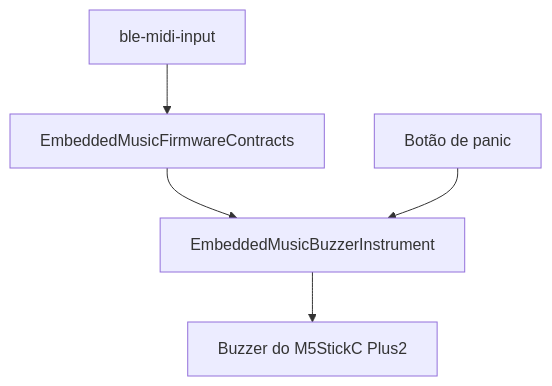
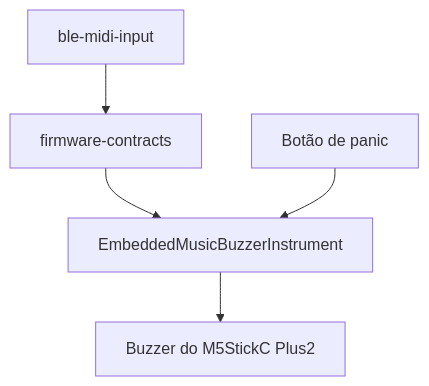
Before and after one commit to fczuardi/embedded-music-experiments: the first of 2 diagrams in DESIGN.md, drawn with Mermaid. The commit also changed other lines of this file and 3 other files, not shown here.

Commit message:
build: rename firmware contracts package

````diff
--- a/DESIGN.md
+++ b/DESIGN.md
@@ -107,7 +107,7 @@
 ```mermaid
 flowchart TD
-    B["ble-midi-input"] --> C["EmbeddedMusicFirmwareContracts"]
+    B["ble-midi-input"] --> C["firmware-contracts"]
     C --> I["EmbeddedMusicBuzzerInstrument"]
     I --> A["Buzzer do M5StickC Plus2"]
     P["Botão de panic"] --> I
 ```
````
